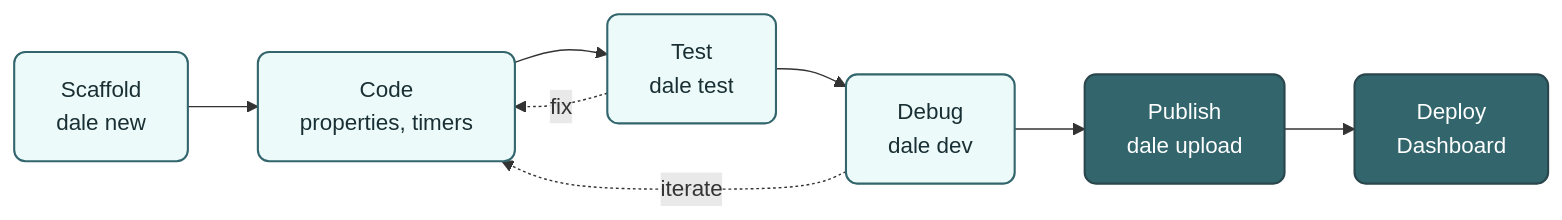
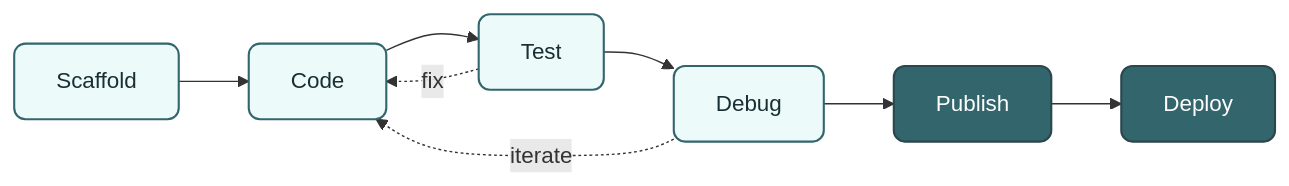
The second of 4 diagrams in docs/introduction/what-is-vion.md (VION-IoT/documentation), drawn with Mermaid before and after one commit. The commit also changed other lines of this file and 2 other files, not shown here.

First line of the commit message:
Fix mermaid text clipping and transparent edge labels

````diff
--- a/docs/introduction/what-is-vion.md
+++ b/docs/introduction/what-is-vion.md
@@ -53,19 +53,19 @@
 ```mermaid
 flowchart LR
-    A["Scaffold<br/>dale new"]
-    B["Code<br/>properties, timers"]
-    C["Test<br/>dale test"]
-    D["Debug<br/>dale dev"]
-    E["Publish<br/>dale upload"]
-    F["Deploy<br/>Dashboard"]
+    A["Scaffold "]
+    B["Code "]
+    C["Test "]
+    D["Debug "]
+    E["Publish "]
+    F["Deploy "]
 
     A --> B --> C --> D --> E --> F
     C -.->|"fix"| B
     D -.->|"iterate"| B
 
     classDef dev fill:#ecfbfa,stroke:#32656c,stroke-width:1.5px,color:#192f33,rx:8
     classDef cloud fill:#32656c,stroke:#2b474e,stroke-width:1.5px,color:#ffffff,rx:8
 
     class A,B,C,D dev
     class E,F cloud
 ```
````
